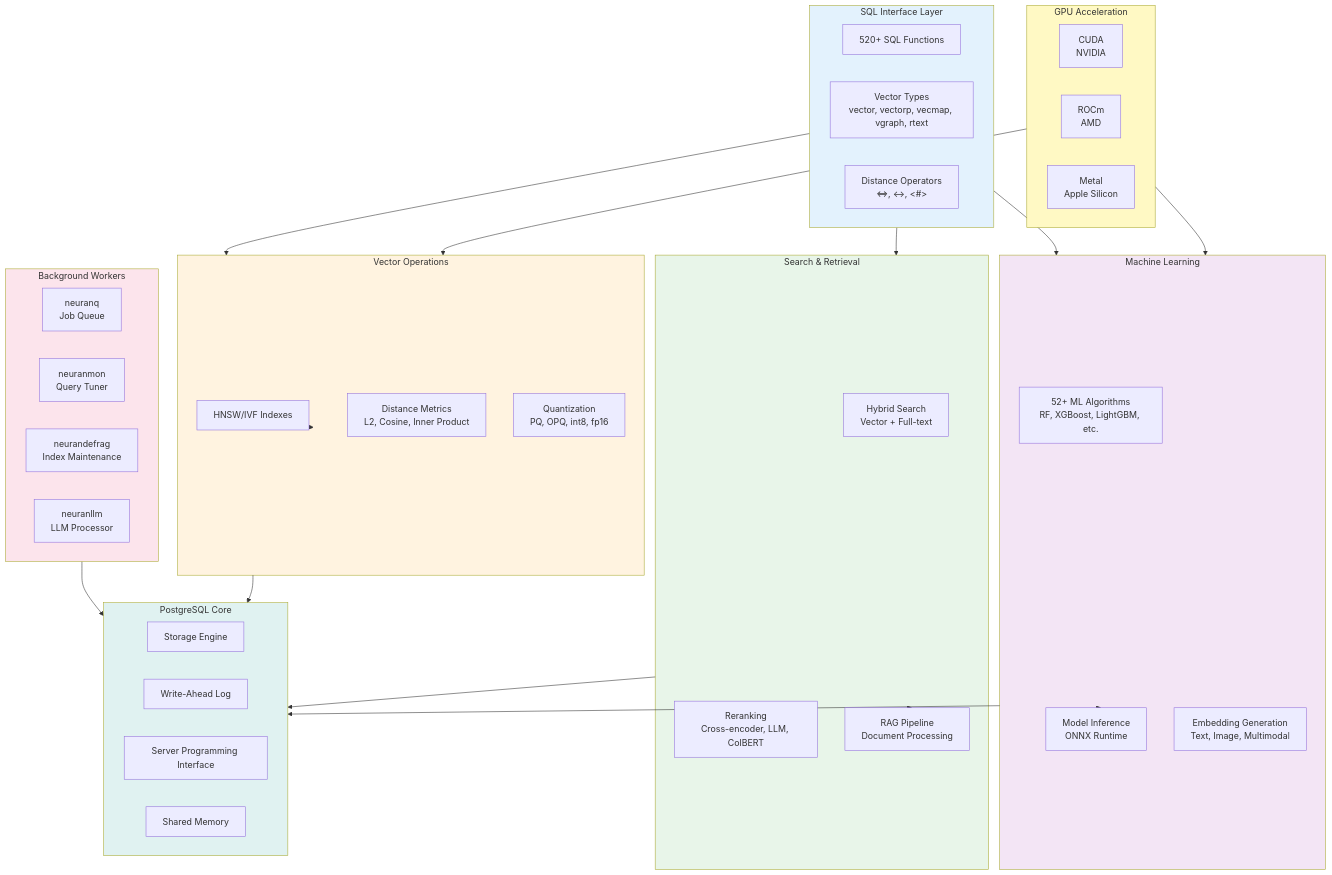
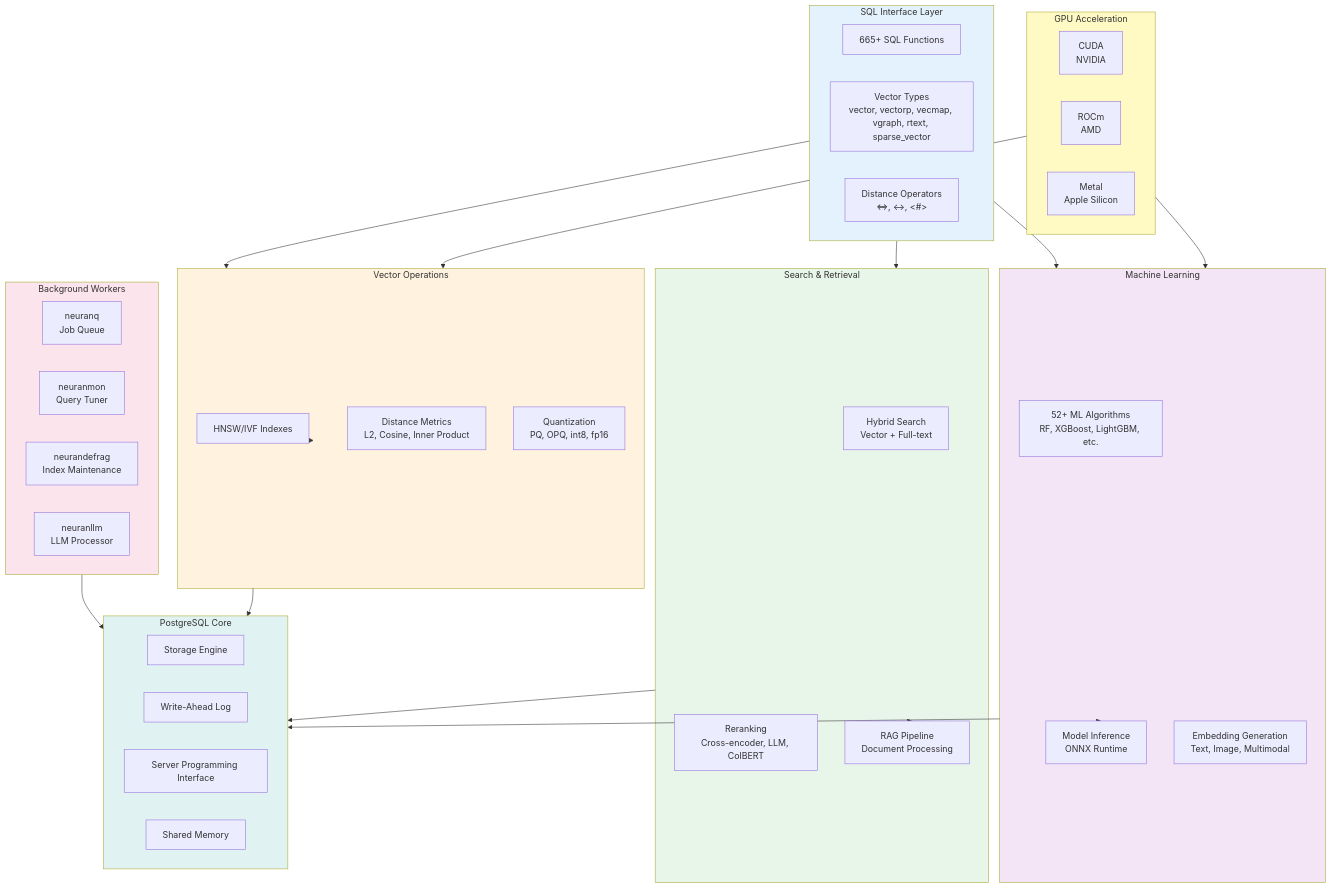
Before and after one commit to neurondb/neurondb: the first of 3 diagrams in NeuronDB/README.md, drawn with Mermaid. The commit also changed other lines of this file and 18 other files, not shown here.

````diff
--- a/NeuronDB/README.md
+++ b/NeuronDB/README.md
@@ -210,67 +210,67 @@
 ```mermaid
 graph TB
     subgraph SQL["SQL Interface Layer"]
-        FUNC[520+ SQL Functions]
-        TYPES[Vector Types<br/>vector, vectorp, vecmap, vgraph, rtext]
+        FUNC[665+ SQL Functions]
+        TYPES[Vector Types<br/>vector, vectorp, vecmap, vgraph, rtext, sparse_vector]
         OPS[Distance Operators<br/><=>, <->, <#>]
     end
     
     subgraph VECTOR["Vector Operations"]
         INDEX[HNSW/IVF Indexes]
         DIST[Distance Metrics<br/>L2, Cosine, Inner Product]
         QUANT[Quantization<br/>PQ, OPQ, int8, fp16]
     end
     
     subgraph ML["Machine Learning"]
         ALGO[52+ ML Algorithms<br/>RF, XGBoost, LightGBM, etc.]
         INFER[Model Inference<br/>ONNX Runtime]
         EMBED[Embedding Generation<br/>Text, Image, Multimodal]
     end
     
     subgraph SEARCH["Search & Retrieval"]
         HYBRID[Hybrid Search<br/>Vector + Full-text]
         RERANK[Reranking<br/>Cross-encoder, LLM, ColBERT]
         RAG[RAG Pipeline<br/>Document Processing]
     end
     
     subgraph WORKERS["Background Workers"]
         NEURANQ[neuranq<br/>Job Queue]
         NEURANMON[neuranmon<br/>Query Tuner]
         NEURANDEFRAG[neurandefrag<br/>Index Maintenance]
         NEURANLLM[neuranllm<br/>LLM Processor]
     end
     
     subgraph GPU["GPU Acceleration"]
         CUDA[CUDA<br/>NVIDIA]
         ROCM[ROCm<br/>AMD]
         METAL[Metal<br/>Apple Silicon]
     end
     
     subgraph PG["PostgreSQL Core"]
         STORAGE[Storage Engine]
         WAL[Write-Ahead Log]
         SPI[Server Programming Interface]
         SHMEM[Shared Memory]
     end
     
     SQL --> VECTOR
     SQL --> ML
     SQL --> SEARCH
     VECTOR --> INDEX
     ML --> INFER
     SEARCH --> RAG
     WORKERS --> PG
     GPU --> VECTOR
     GPU --> ML
     VECTOR --> PG
     ML --> PG
     SEARCH --> PG
     
     style SQL fill:#e3f2fd
     style VECTOR fill:#fff3e0
     style ML fill:#f3e5f5
     style SEARCH fill:#e8f5e9
     style WORKERS fill:#fce4ec
     style GPU fill:#fff9c4
     style PG fill:#e0f2f1
 ```
````
